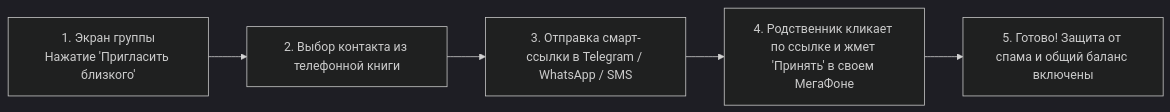
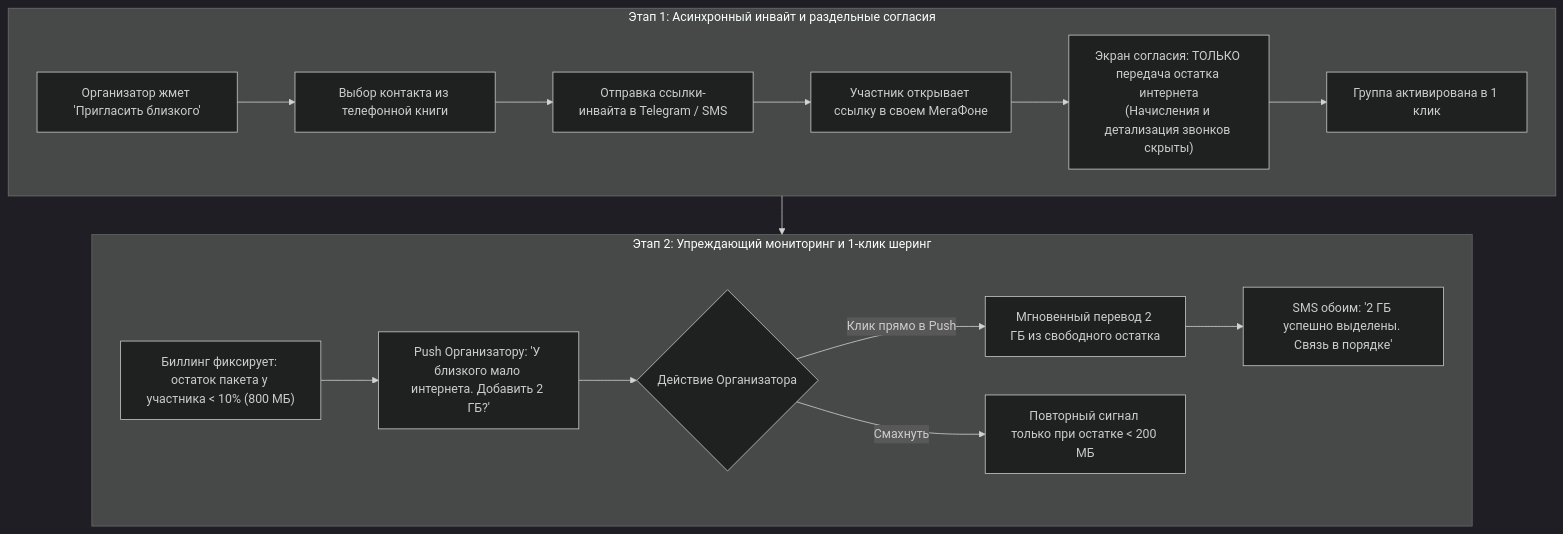
The second of 2 diagrams in knowledge/projects/demo-megafon/output/ux-journey.md (Nek1yZakhar/product-strategist-agent), drawn with Mermaid (dark theme) before and after one commit. The commit also changed other lines of this file and 21 other files, not shown here.

````diff
--- a/knowledge/projects/demo-megafon/output/ux-journey.md
+++ b/knowledge/projects/demo-megafon/output/ux-journey.md
@@ -31,7 +34,20 @@
 ```mermaid
-flowchart LR
-    S1["1. Экран группы<br/>Нажатие 'Пригласить близкого'"] --> S2["2. Выбор контакта из телефонной книги"]
-    S2 --> S3["3. Отправка смарт-ссылки в Telegram / WhatsApp / SMS"]
-    S3 --> S4["4. Родственник кликает по ссылке и жмет 'Принять' в своем МегаФоне"]
-    S4 --> S5["5. Готово! Защита от спама и общий баланс включены"]
+flowchart TD
+    subgraph Onboarding["Этап 1: Асинхронный инвайт и раздельные согласия"]
+        A1["Организатор жмет 'Пригласить близкого'"] --> A2["Выбор контакта из телефонной книги"]
+        A2 --> A3["Отправка ссылки-инвайта в Telegram / SMS"]
+        A3 --> A4["Участник открывает ссылку в своем МегаФоне"]
+        A4 --> A5["Экран согласия: ТОЛЬКО передача остатка интернета<br/>(Начисления и детализация звонков скрыты)"]
+        A5 --> A6["Группа активирована в 1 клик"]
+    end
+
+    subgraph Monitoring["Этап 2: Упреждающий мониторинг и 1-клик шеринг"]
+        B1["Биллинг фиксирует: остаток пакета у участника < 10% (800 МБ)"] --> B2["Push Организатору: 'У близкого мало интернета. Добавить 2 ГБ?'"]
+        B2 --> B3{"Действие Организатора"}
+        B3 -->|"Клик прямо в Push"| B4["Мгновенный перевод 2 ГБ из свободного остатка"]
+        B3 -->|"Смахнуть"| B5["Повторный сигнал только при остатке < 200 МБ"]
+        B4 --> B6["SMS обоим: '2 ГБ успешно выделены. Связь в порядке'"]
+    end
+
+    Onboarding --> Monitoring
 ```
````
